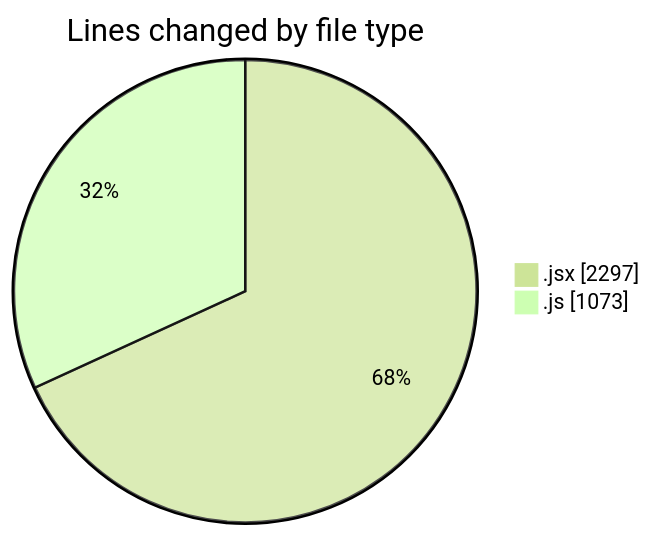
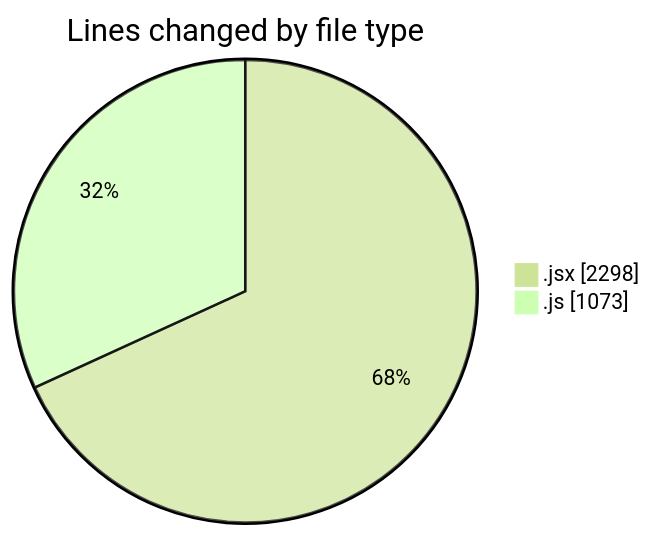
Before and after one commit to nxtqubesakshisongat/code-tracking: the first of 2 diagrams in 2025-06-04/nxtqube_webapp/README.md, drawn with Mermaid (forest theme). The commit also changed other lines of this file and 1 other file, not shown here.

````diff
--- a/2025-06-04/nxtqube_webapp/README.md
+++ b/2025-06-04/nxtqube_webapp/README.md
@@ -27,6 +27,6 @@
 ```mermaid
 pie showData
 title Lines changed by file type
-".jsx" : 2297
+".jsx" : 2298
 ".js" : 1073
 ```
````
